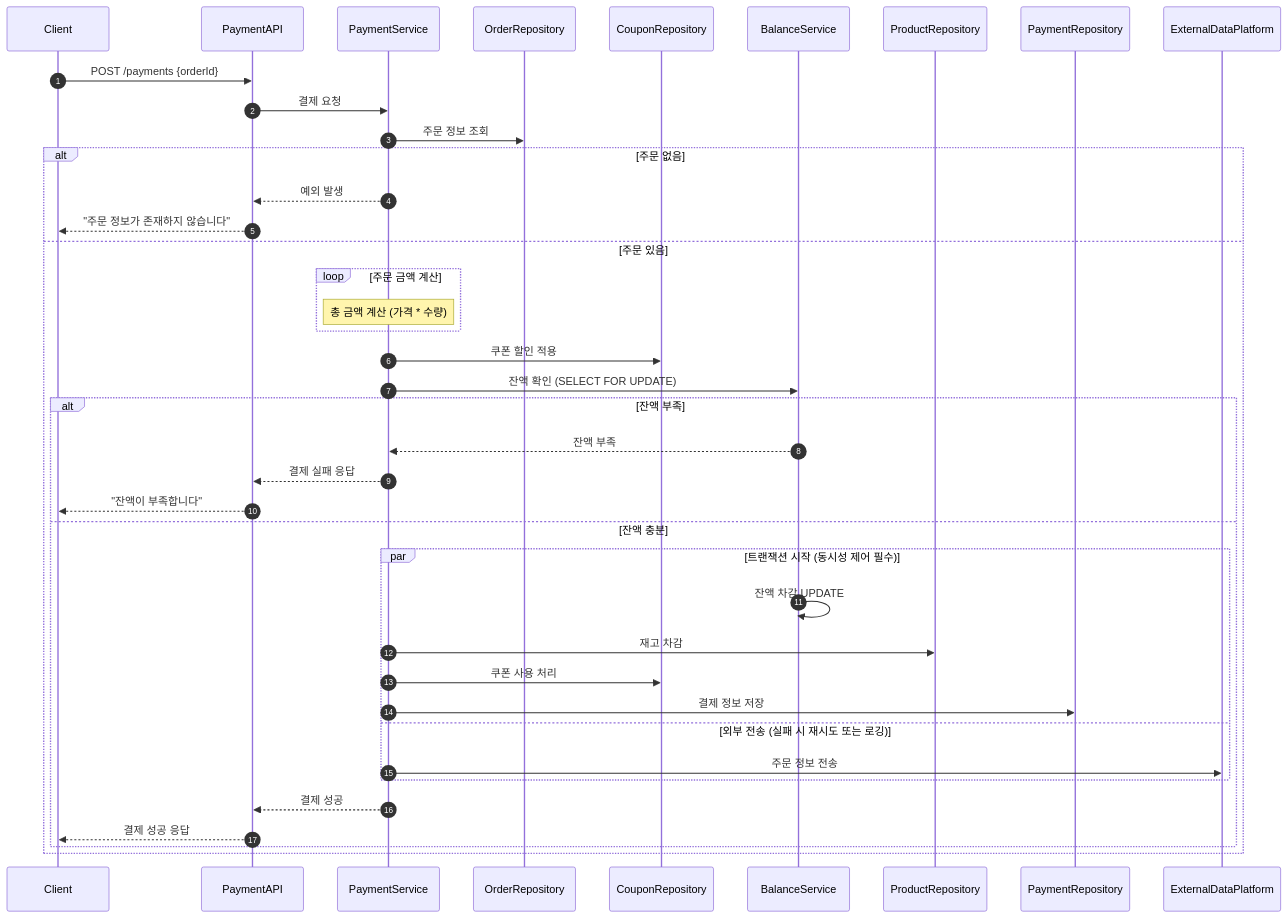
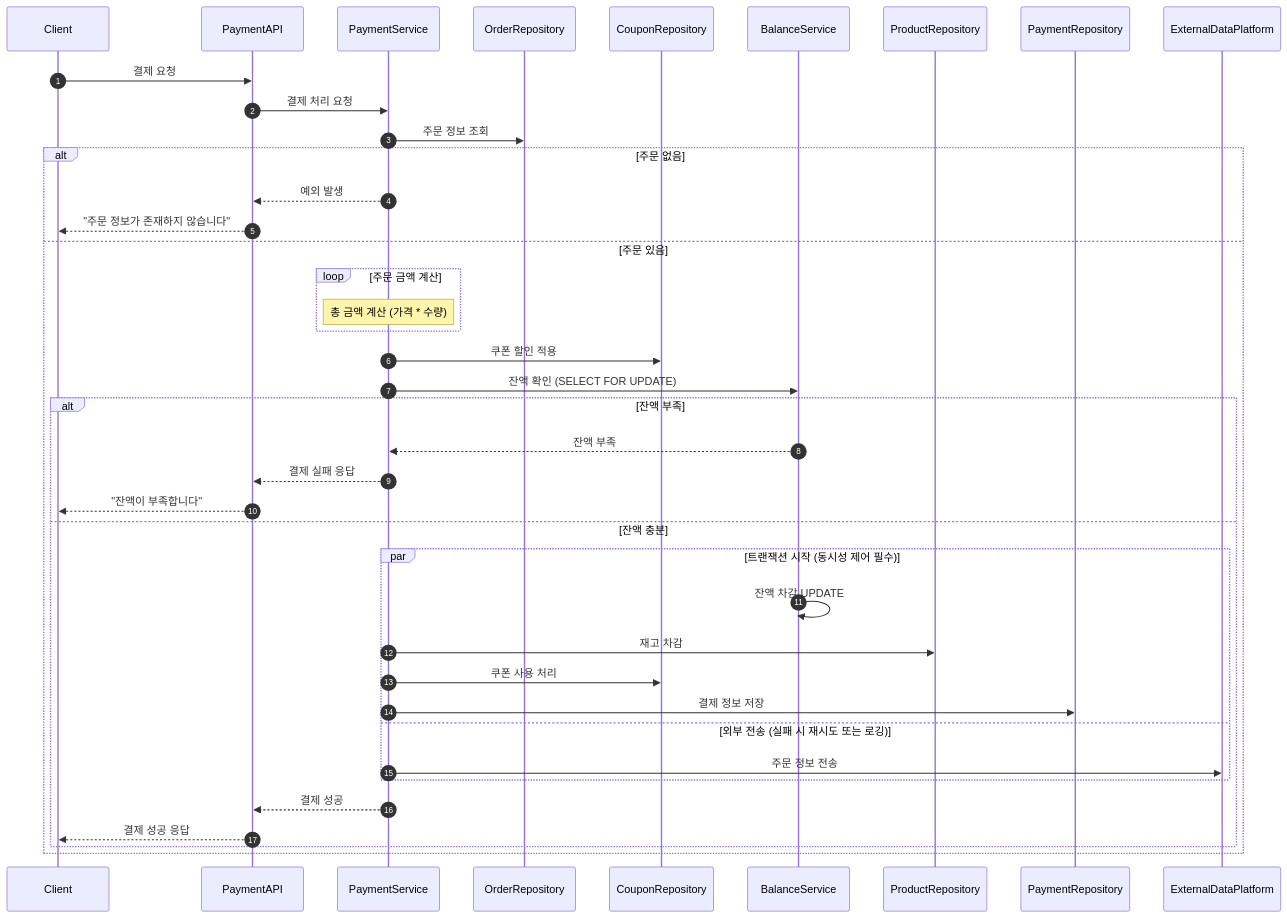
The sixth of 7 diagrams in docs/Sequence.md (ehdgus0221/hhplus-ecommerce), drawn with Mermaid before and after one commit. The commit also changed other lines of this file and 25 other files, not shown here.

````diff
--- a/docs/Sequence.md
+++ b/docs/Sequence.md
@@ -118,34 +123,34 @@
 ```mermaid
 sequenceDiagram
     autonumber
     participant Client
-    Client->>PaymentAPI: POST /payments {orderId}
-    PaymentAPI->>PaymentService: 결제 요청
+    Client->>PaymentAPI: 결제 요청
+    PaymentAPI->>PaymentService: 결제 처리 요청
     PaymentService->>OrderRepository: 주문 정보 조회
     alt 주문 없음
         PaymentService-->>PaymentAPI: 예외 발생
         PaymentAPI-->>Client: "주문 정보가 존재하지 않습니다"
     else 주문 있음
         loop 주문 금액 계산
             Note over PaymentService: 총 금액 계산 (가격 * 수량)
         end
         PaymentService->>CouponRepository: 쿠폰 할인 적용
         PaymentService->>BalanceService: 잔액 확인 (SELECT FOR UPDATE)
         alt 잔액 부족
             BalanceService-->>PaymentService: 잔액 부족
             PaymentService-->>PaymentAPI: 결제 실패 응답
             PaymentAPI-->>Client: "잔액이 부족합니다"
         else 잔액 충분
             par 트랜잭션 시작 (동시성 제어 필수)
                 BalanceService->>BalanceService: 잔액 차감 UPDATE
                 PaymentService->>ProductRepository: 재고 차감
                 PaymentService->>CouponRepository: 쿠폰 사용 처리
                 PaymentService->>PaymentRepository: 결제 정보 저장
             and 외부 전송 (실패 시 재시도 또는 로깅)
                 PaymentService->>ExternalDataPlatform: 주문 정보 전송
             end
             PaymentService-->>PaymentAPI: 결제 성공
             PaymentAPI-->>Client: 결제 성공 응답
         end
     end
 ```
````
